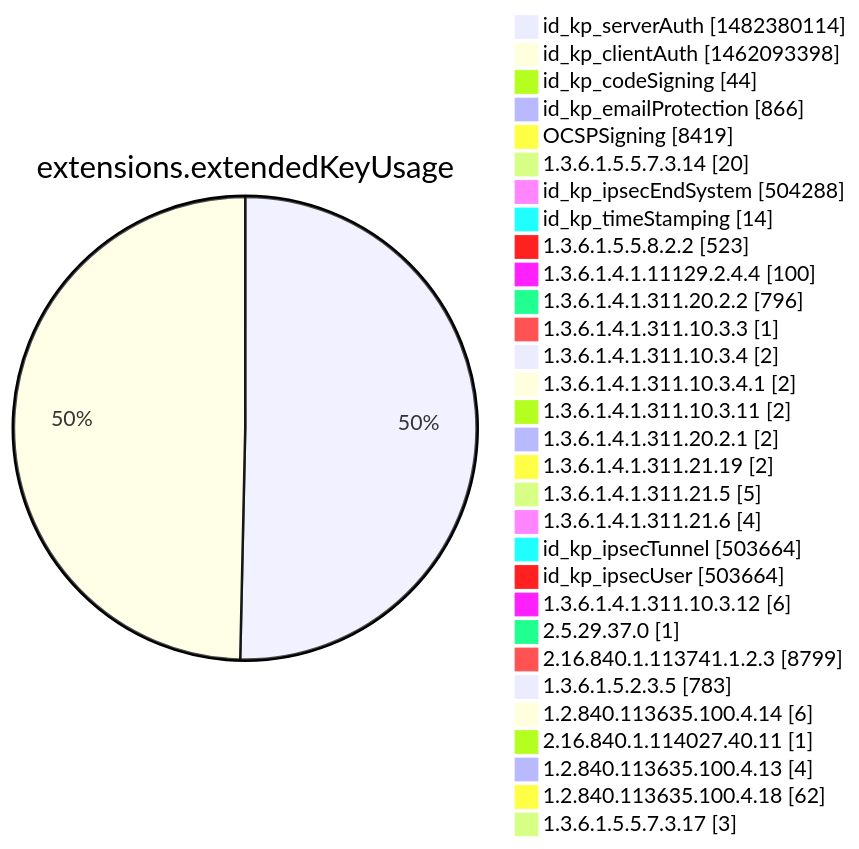
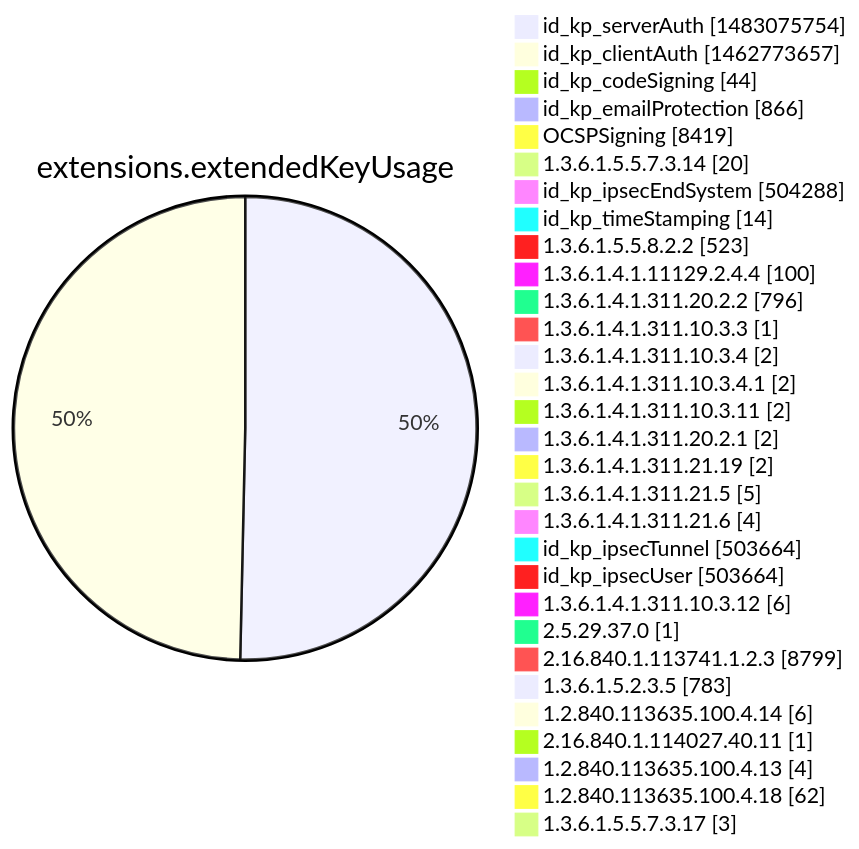
Diagram 12 of 15 in argon2022/README.md (christiankrug/ctmonitor_visualization), drawn with Mermaid before and after one commit. The commit also changed other lines of this file, not shown here.

````diff
--- a/argon2022/README.md
+++ b/argon2022/README.md
@@ -3555,34 +3555,34 @@
 ```mermaid
 pie showData
 title extensions.extendedKeyUsage
-"id_kp_serverAuth" :1482380114
-"id_kp_clientAuth" :1462093398
+"id_kp_serverAuth" :1483075754
+"id_kp_clientAuth" :1462773657
 "id_kp_codeSigning" :44
 "id_kp_emailProtection" :866
 "OCSPSigning" :8419
 "1.3.6.1.5.5.7.3.14" :20
 "id_kp_ipsecEndSystem" :504288
 "id_kp_timeStamping" :14
 "1.3.6.1.5.5.8.2.2" :523
 "1.3.6.1.4.1.11129.2.4.4" :100
 "1.3.6.1.4.1.311.20.2.2" :796
 "1.3.6.1.4.1.311.10.3.3" :1
 "1.3.6.1.4.1.311.10.3.4" :2
 "1.3.6.1.4.1.311.10.3.4.1" :2
 "1.3.6.1.4.1.311.10.3.11" :2
 "1.3.6.1.4.1.311.20.2.1" :2
 "1.3.6.1.4.1.311.21.19" :2
 "1.3.6.1.4.1.311.21.5" :5
 "1.3.6.1.4.1.311.21.6" :4
 "id_kp_ipsecTunnel" :503664
 "id_kp_ipsecUser" :503664
 "1.3.6.1.4.1.311.10.3.12" :6
 "2.5.29.37.0" :1
 "2.16.840.1.113741.1.2.3" :8799
 "1.3.6.1.5.2.3.5" :783
 "1.2.840.113635.100.4.14" :6
 "2.16.840.1.114027.40.11" :1
 "1.2.840.113635.100.4.13" :4
 "1.2.840.113635.100.4.18" :62
 "1.3.6.1.5.5.7.3.17" :3
 ```
````
